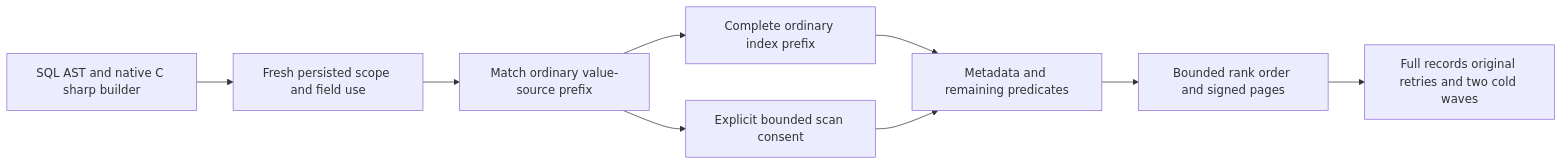
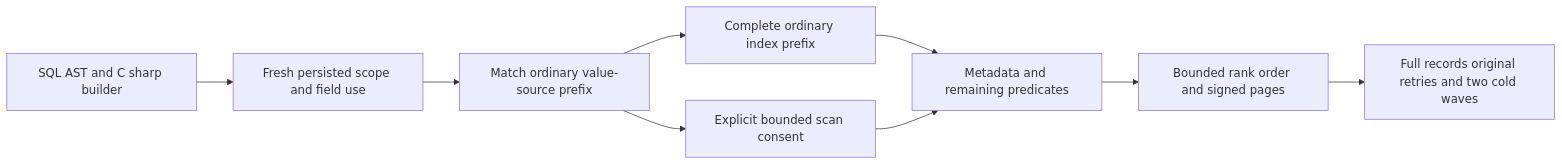
Before and after one commit to managedcode/KeyLoad: the diagram in docs/Features/QueryExecution/MetadataIndexMatching.md, drawn with Mermaid. The commit also changed other lines of this file and 9016 other files, not shown here.

````diff
--- a/docs/Features/QueryExecution/MetadataIndexMatching.md
+++ b/docs/Features/QueryExecution/MetadataIndexMatching.md
@@ -18,11 +18,11 @@
 ```mermaid
 flowchart LR
-    Inputs[SQL AST and native C sharp builder] --> Bind[Fresh persisted scope and field use]
+    Inputs[SQL AST and C sharp builder] --> Bind[Fresh persisted scope and field use]
     Bind --> Match[Match ordinary value-source prefix]
     Match --> Safe[Complete ordinary index prefix]
     Match --> Scan[Explicit bounded scan consent]
     Safe --> Residual[Metadata and remaining predicates]
     Scan --> Residual
     Residual --> Page[Bounded rank order and signed pages]
     Page --> Verify[Full records original retries and two cold waves]
 ```
````
